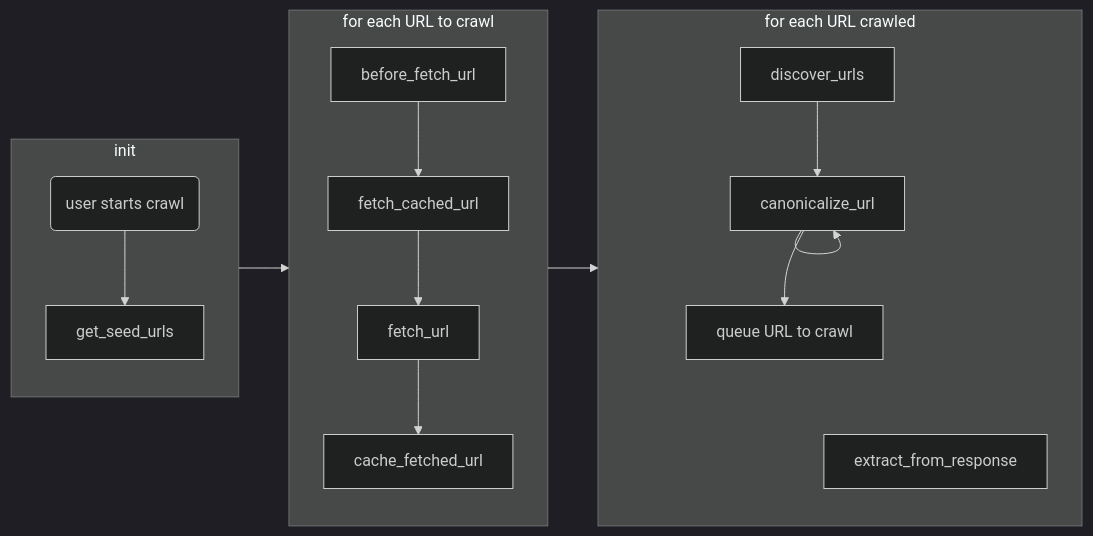
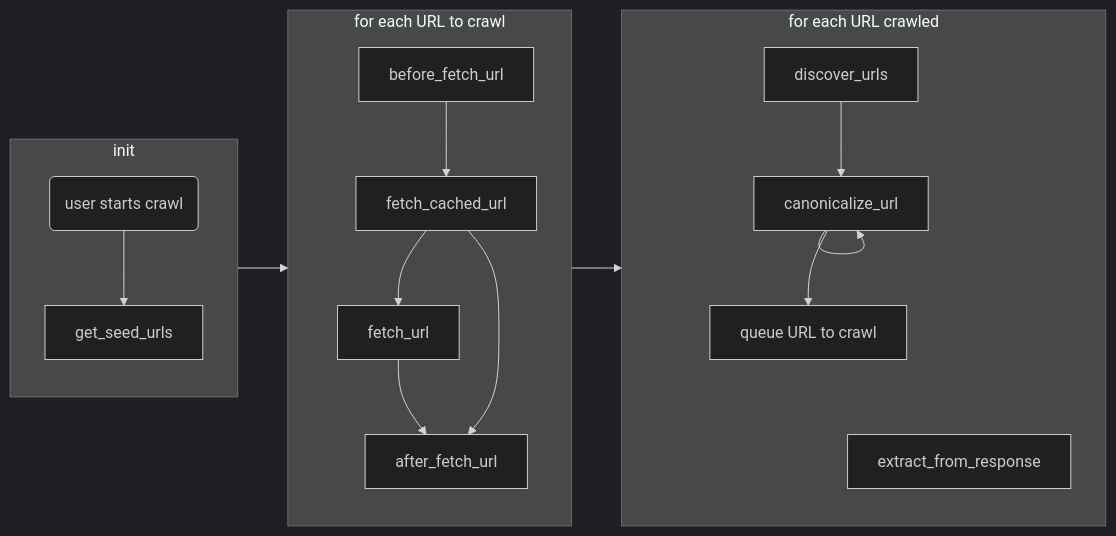
One commit to cldellow/datasette-scraper changed the diagram in README.md. Above: the diagram before and after it, drawn with Mermaid (dark theme).

````diff
--- a/README.md
+++ b/README.md
@@ -267,20 +267,21 @@
 ```mermaid
 flowchart LR
 direction TB
 
 subgraph init
   A(user starts crawl) --> B[get_seed_urls]
 end
 
 subgraph crawl [for each URL to crawl]
-  before_fetch_url --> fetch_cached_url --> fetch_url --> cache_fetched_url
+  before_fetch_url --> fetch_cached_url --> fetch_url --> after_fetch_url
+  fetch_cached_url --> after_fetch_url
 end
 
 subgraph discover [for each URL crawled]
   discover_urls --> canonicalize_url --> canonicalize_url
   canonicalize_url --> x[queue URL to crawl]
   extract_from_response
 end
 
 init --> crawl --> discover
 ```
````
